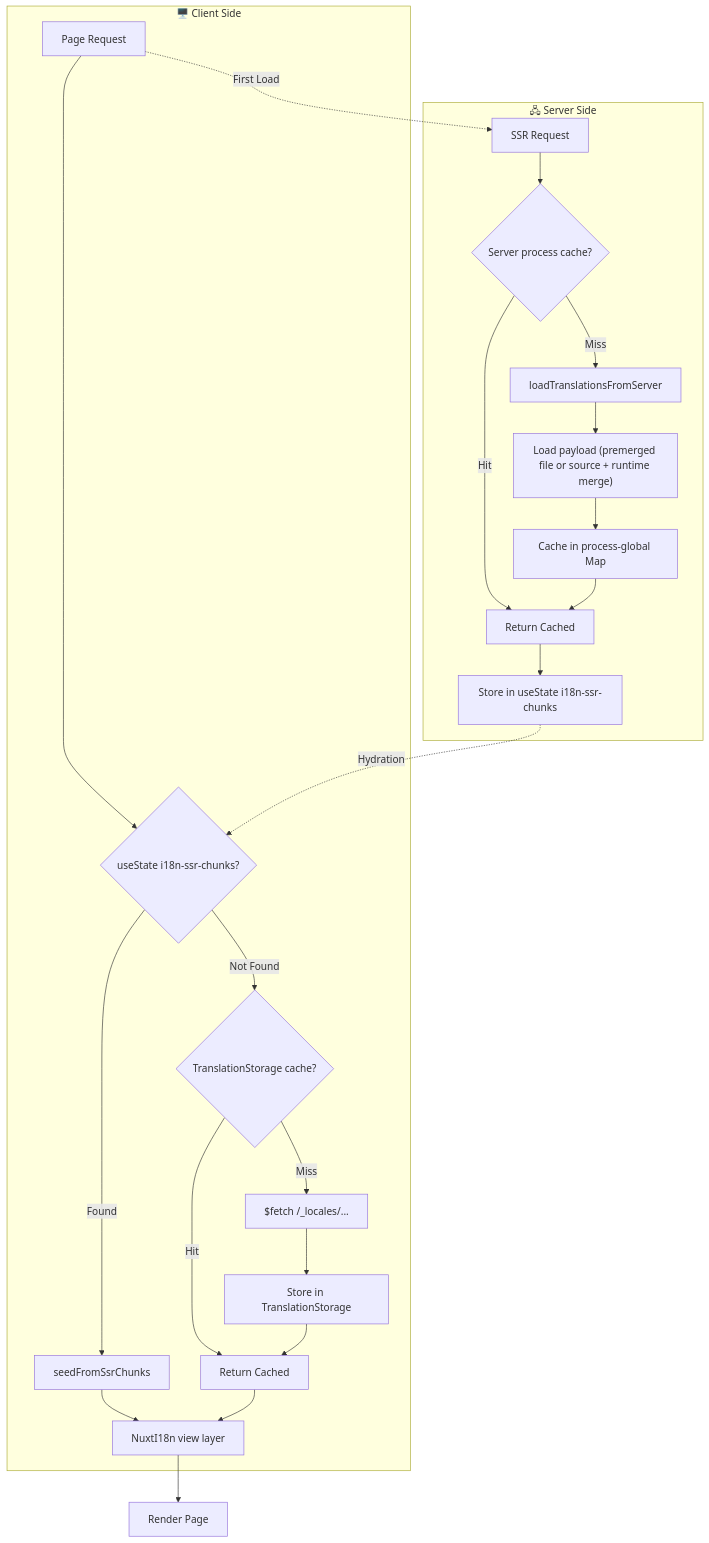
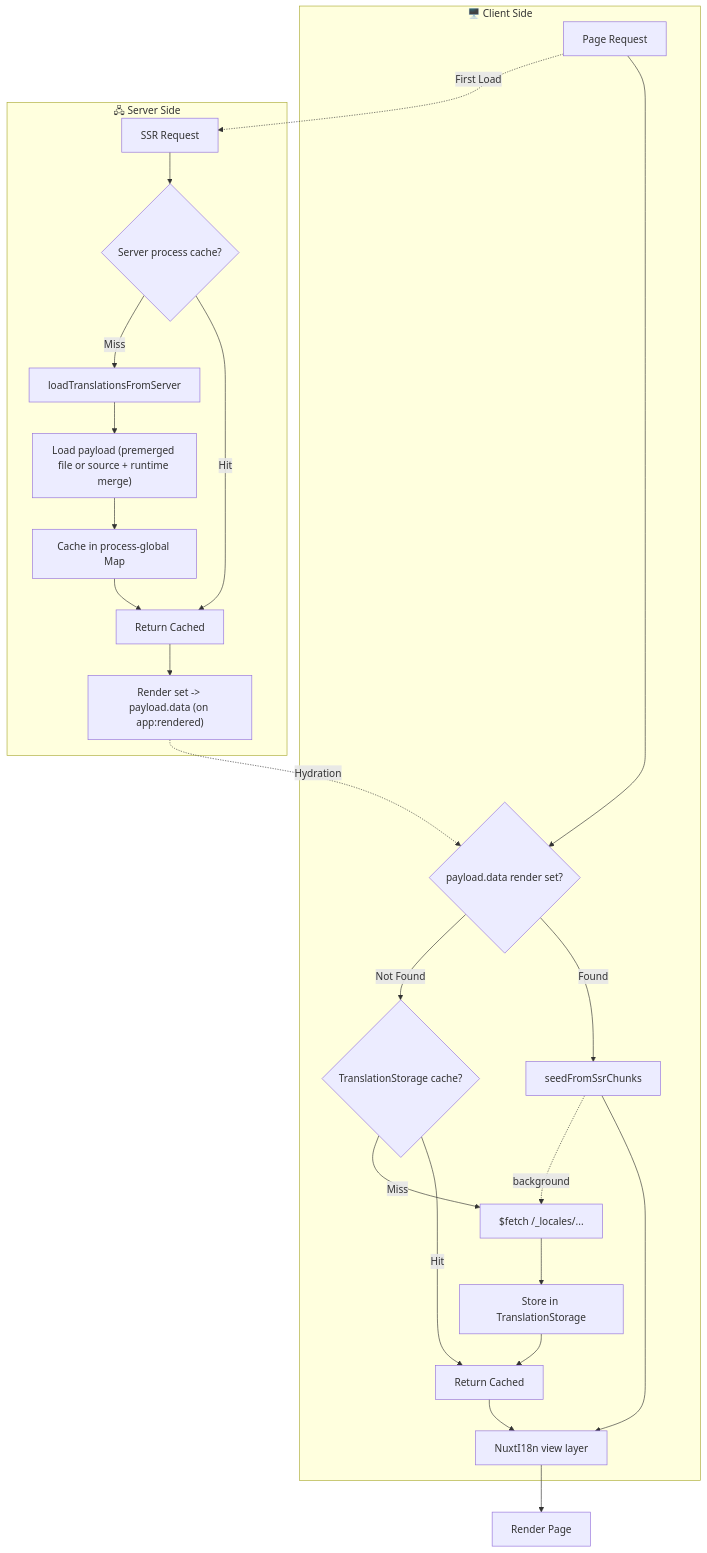
Before and after one commit to s00d/nuxt-i18n-micro: the second of 2 diagrams in docs/guide/getting-started.md, drawn with Mermaid. The commit also changed other lines of this file and 4 other files, not shown here.

````diff
--- a/docs/guide/getting-started.md
+++ b/docs/guide/getting-started.md
@@ -287,28 +287,29 @@
 ```mermaid
 flowchart TB
     subgraph Client["🖥️ Client Side"]
-        A[Page Request] --> B{useState i18n-ssr-chunks?}
+        A[Page Request] --> B{payload.data render set?}
         B -->|Found| C[seedFromSsrChunks]
         B -->|Not Found| D{TranslationStorage cache?}
         D -->|Hit| E[Return Cached]
         D -->|Miss| F["$fetch /_locales/..."]
         F --> G[Store in TranslationStorage]
         G --> E
         C --> H[NuxtI18n view layer]
+        C -.->|background| F
         E --> H
     end
 
     subgraph Server["🖧 Server Side"]
         I[SSR Request] --> J{Server process cache?}
         J -->|Hit| K[Return Cached]
         J -->|Miss| L[loadTranslationsFromServer]
         L --> M["Load payload (premerged file or source + runtime merge)"]
         M --> N[Cache in process-global Map]
         N --> K
-        K --> O["Store in useState i18n-ssr-chunks"]
+        K --> O["Render set -> payload.data (on app:rendered)"]
     end
 
     A -.->|First Load| I
     O -.->|Hydration| B
     H --> P[Render Page]
 ```
````
